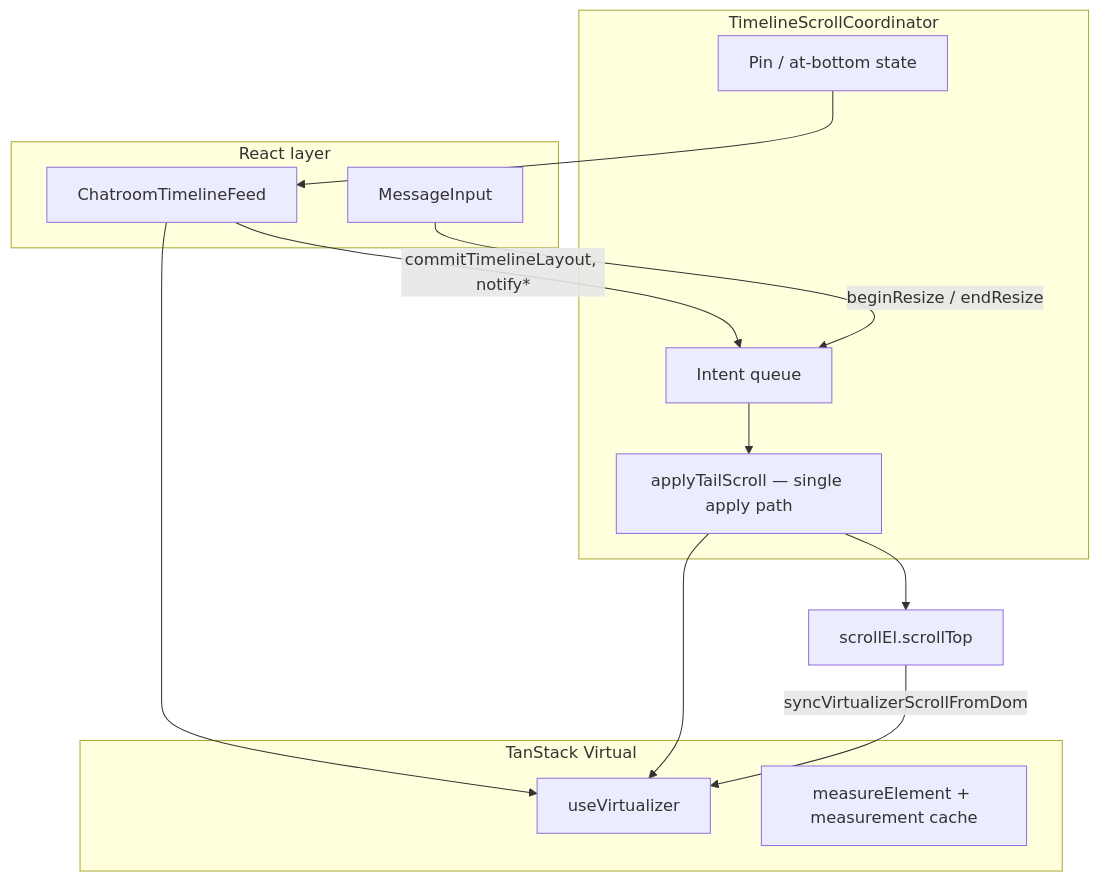
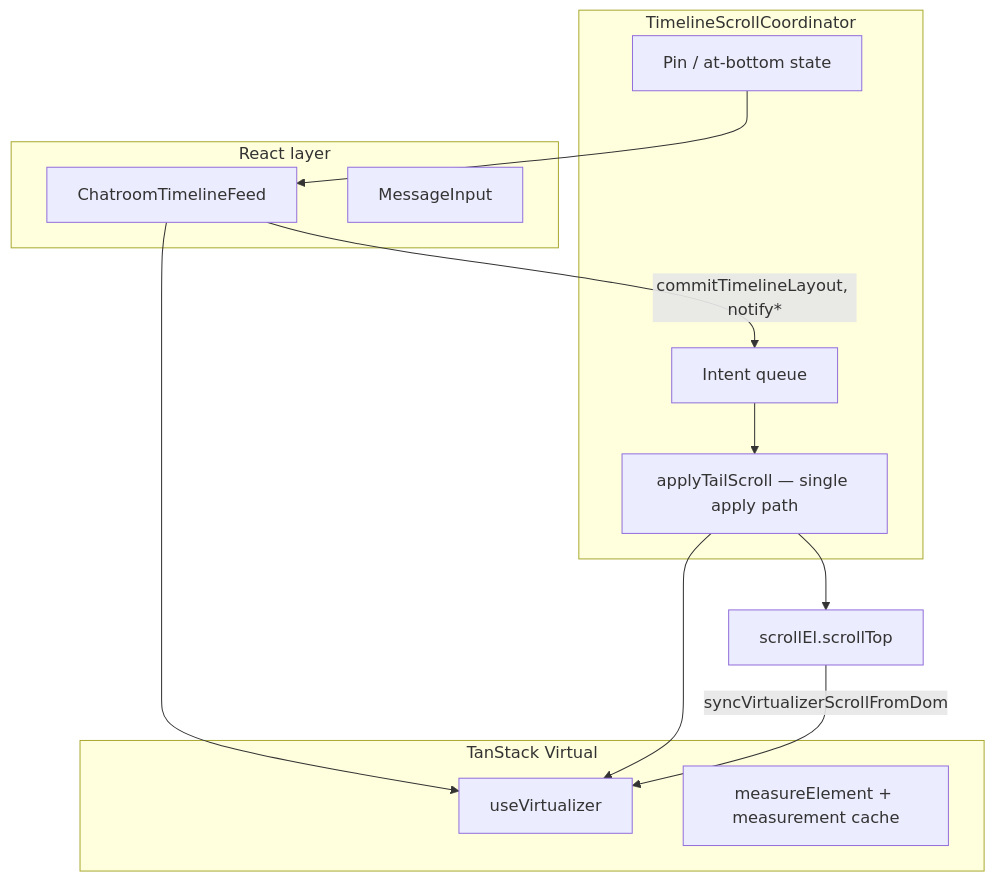
One commit to conradkoh/chatroom changed the diagram in apps/webapp/src/modules/chatroom/hooks/timelineScrollCoordinator.md. Above: the diagram before and after it, drawn with Mermaid. The commit also changed other lines of this file and 2 other files, not shown here.

First line of the commit message:
refactor(webapp): snap on container resize when pinned

````diff
--- a/apps/webapp/src/modules/chatroom/hooks/timelineScrollCoordinator.md
+++ b/apps/webapp/src/modules/chatroom/hooks/timelineScrollCoordinator.md
@@ -11,27 +11,26 @@
 ```mermaid
 flowchart TB
   subgraph react [React layer]
     Feed[ChatroomTimelineFeed]
     Input[MessageInput]
   end
 
   subgraph tanstack [TanStack Virtual]
     V[useVirtualizer]
     Measure[measureElement + measurement cache]
   end
 
   subgraph coord [TimelineScrollCoordinator]
     IQ[Intent queue]
     Apply[applyTailScroll — single apply path]
     Pin[Pin / at-bottom state]
   end
 
   Feed --> V
   Feed -->|commitTimelineLayout, notify*| IQ
-  Input -->|beginResize / endResize| IQ
   IQ --> Apply
   Apply --> V
   Apply --> DOM[scrollEl.scrollTop]
   DOM -->|syncVirtualizerScrollFromDom| V
   Pin --> Feed
 ```
````
